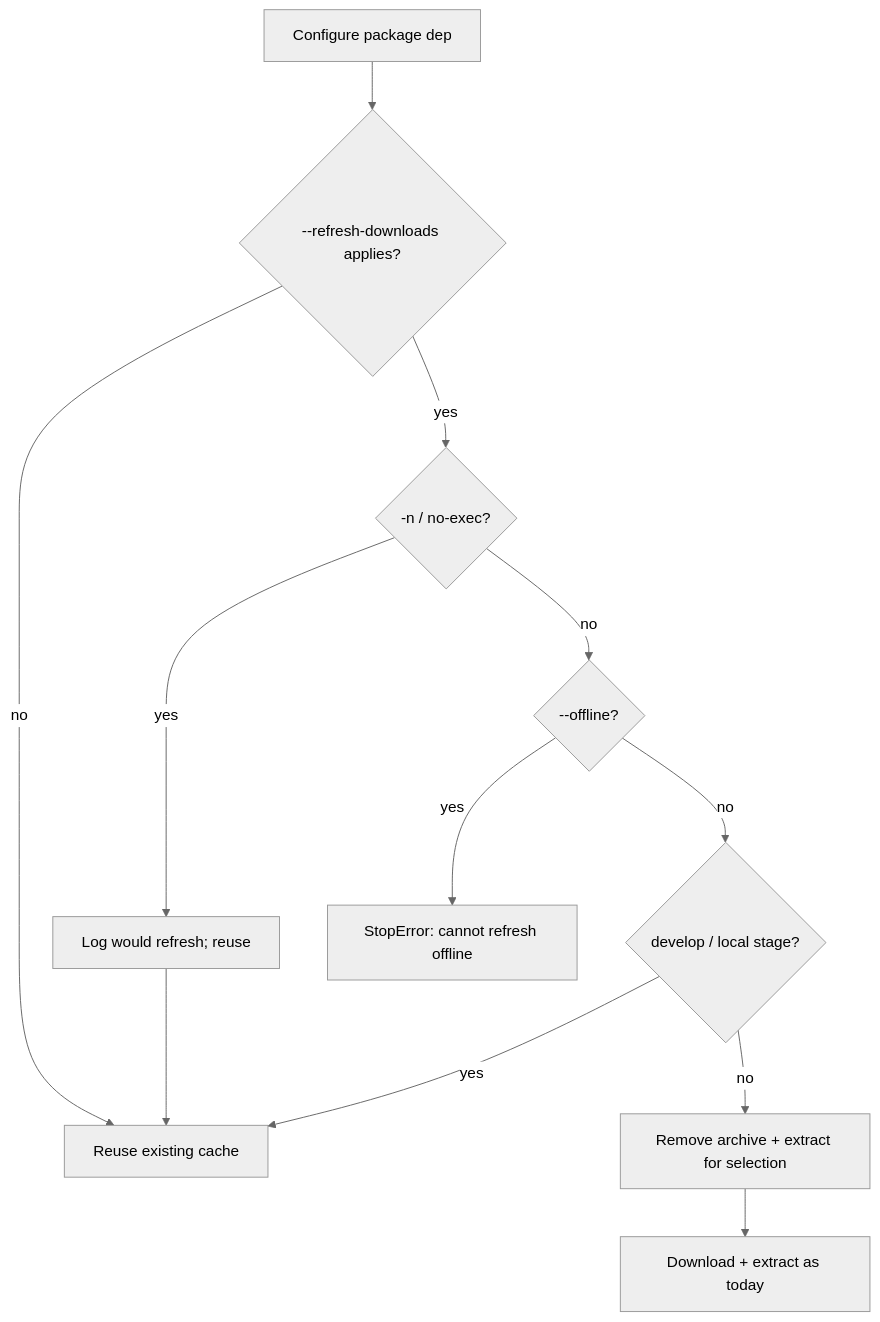
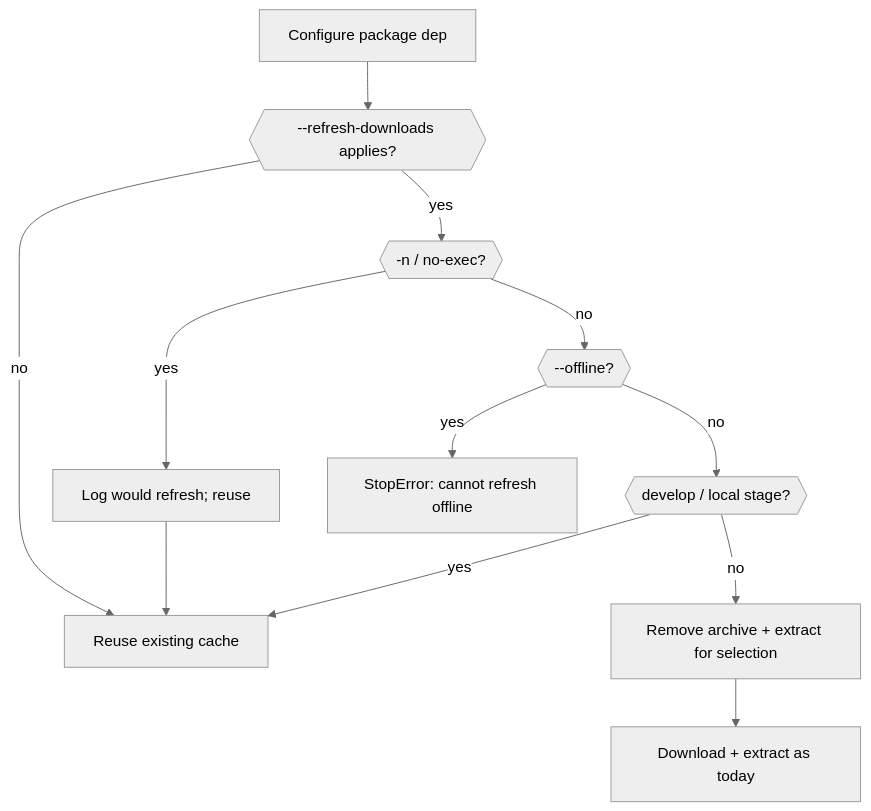
The diagram in design/archive/package-download-refresh.md (ja11sop/cuppa), drawn with Mermaid (neutral theme) before and after one commit. The commit also changed 32 other files, not shown here.

````diff
--- a/design/archive/package-download-refresh.md
+++ b/design/archive/package-download-refresh.md
@@ -77,22 +77,22 @@
 ```mermaid
 flowchart TD
   start[Configure package dep]
-  refresh{"--refresh-downloads applies?"}
-  dry{"-n / no-exec?"}
-  offline{"--offline?"}
-  develop{"develop / local stage?"}
+  refresh{{"--refresh-downloads applies?"}}
+  dry{{"-n / no-exec?"}}
+  offline{{"--offline?"}}
+  develop{{"develop / local stage?"}}
   drop[Remove archive + extract for selection]
   fetch[Download + extract as today]
   reuse[Reuse existing cache]
   start --> refresh
   refresh -->|no| reuse
   refresh -->|yes| dry
   dry -->|yes| notice[Log would refresh; reuse]
   notice --> reuse
   dry -->|no| offline
   offline -->|yes| fail[StopError: cannot refresh offline]
   offline -->|no| develop
   develop -->|yes| reuse
   develop -->|no| drop
   drop --> fetch
 ```
````
